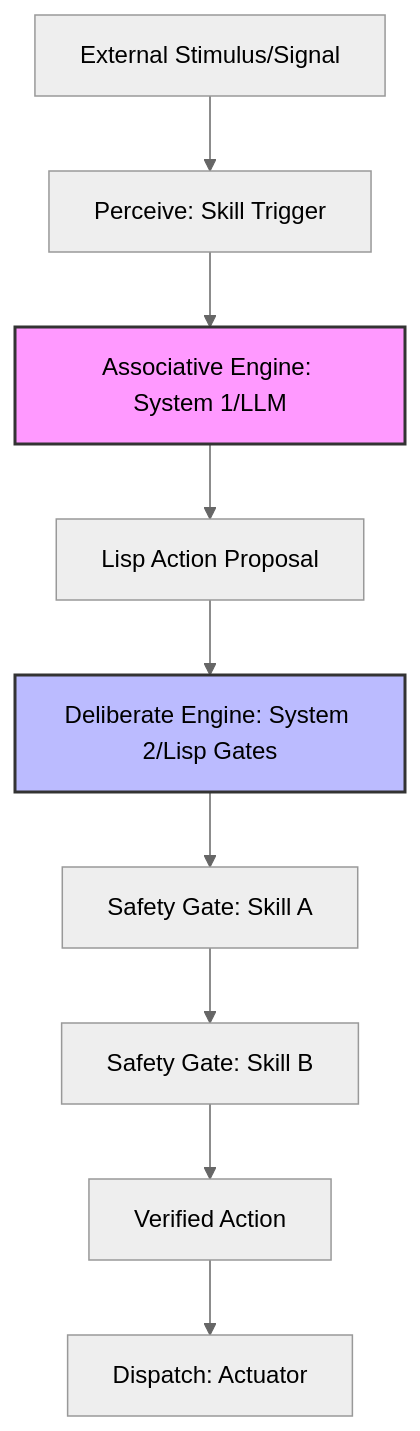
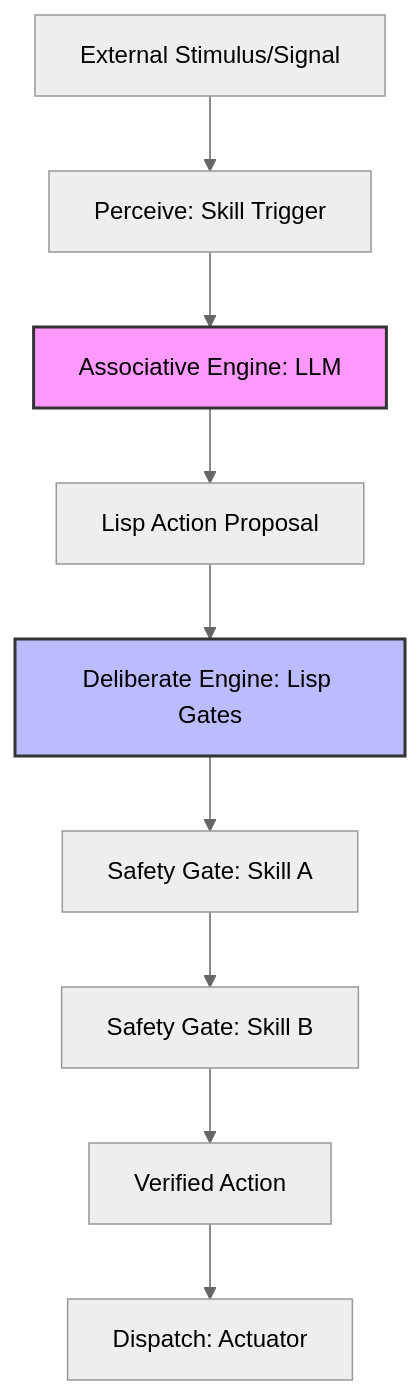
The first of 3 diagrams in literate/neurosymbolic.org (amrgharbeia/opencortex), drawn with Mermaid (neutral theme) before and after one commit. The commit also changed other lines of this file, not shown here.

```diff
--- a/literate/neurosymbolic.org
+++ b/literate/neurosymbolic.org
@@ -19,14 +11,14 @@
 #+begin_src mermaid
 flowchart TD
     Stimulus[External Stimulus/Signal] --> Perceive[Perceive: Skill Trigger]
-    Perceive --> Associative[Associative Engine: System 1/LLM]
+    Perceive --> Associative[Associative Engine: LLM]
     Associative --> Proposal[Lisp Action Proposal]
-    Proposal --> Deliberate[Deliberate Engine: System 2/Lisp Gates]
+    Proposal --> Deliberate[Deliberate Engine: Lisp Gates]
     Deliberate --> Gate1[Safety Gate: Skill A]
     Gate1 --> Gate2[Safety Gate: Skill B]
     Gate2 --> Verified[Verified Action]
     Verified --> Dispatch[Dispatch: Actuator]
     
     style Associative fill:#f9f,stroke:#333,stroke-width:2px
     style Deliberate fill:#bbf,stroke:#333,stroke-width:2px
 #+end_src
```
